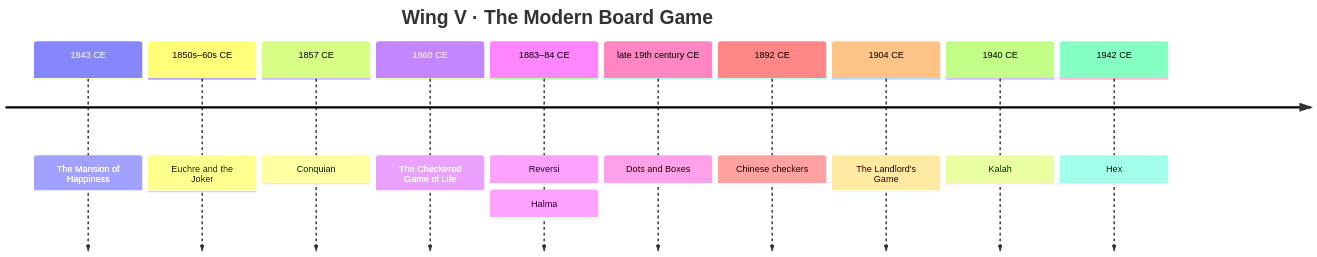
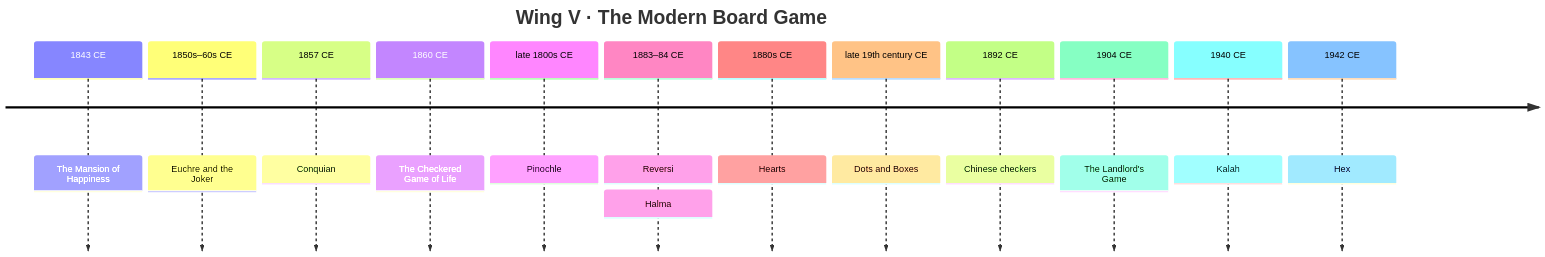
The seventh of 8 diagrams in docs/exhibits.md (CptNope/Librarium-Archives), drawn with Mermaid before and after one commit. The commit also changed other lines of this file and 40 other files, not shown here.

First line of the commit message:
0.36.0: the card room, part four: Skat, Pinochle and Hearts

````diff
--- a/docs/exhibits.md
+++ b/docs/exhibits.md
@@ -217,14 +220,16 @@
 ```mermaid
 timeline
     title Wing V · The Modern Board Game
     1843 CE : The Mansion of Happiness
     1850s–60s CE : Euchre and the Joker
     1857 CE : Conquian
     1860 CE : The Checkered Game of Life
+    late 1800s CE : Pinochle
     1883–84 CE : Reversi : Halma
+    1880s CE : Hearts
     late 19th century CE : Dots and Boxes
     1892 CE : Chinese checkers
     1904 CE : The Landlord's Game
     1940 CE : Kalah
     1942 CE : Hex
 ```
````
